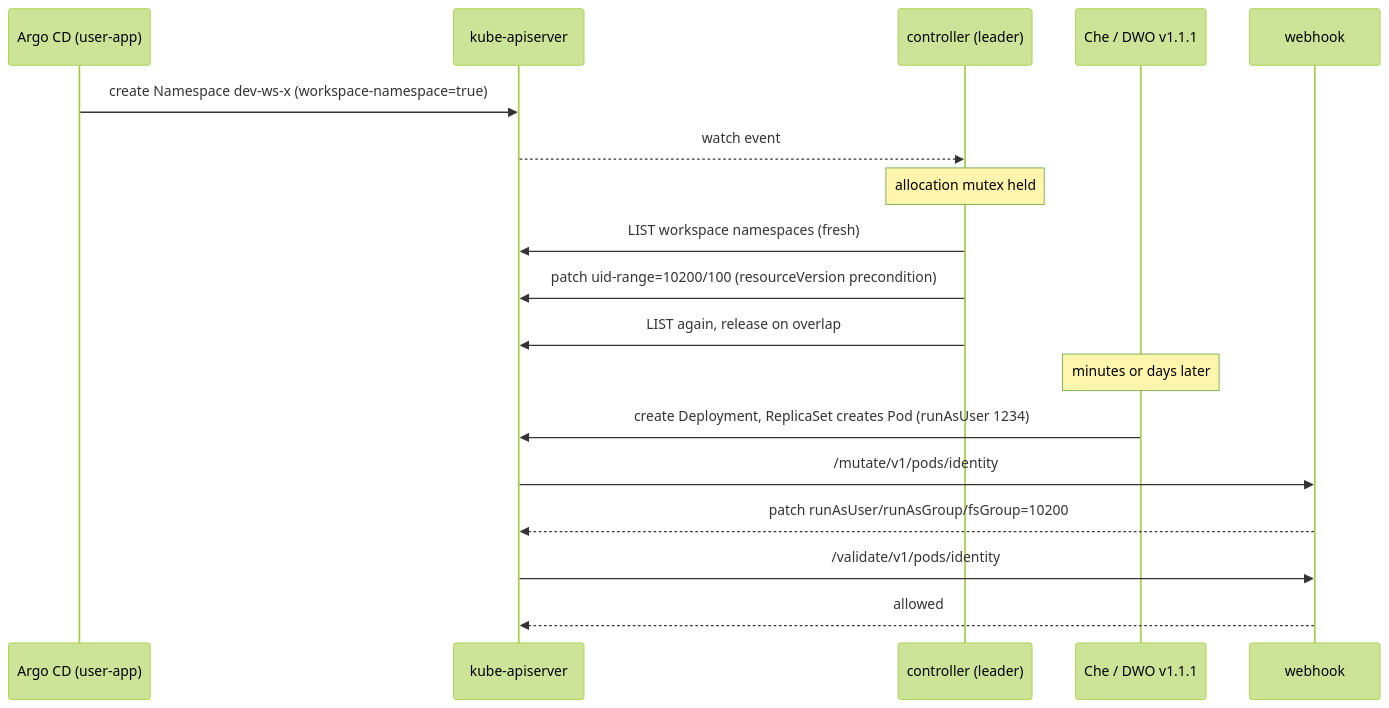
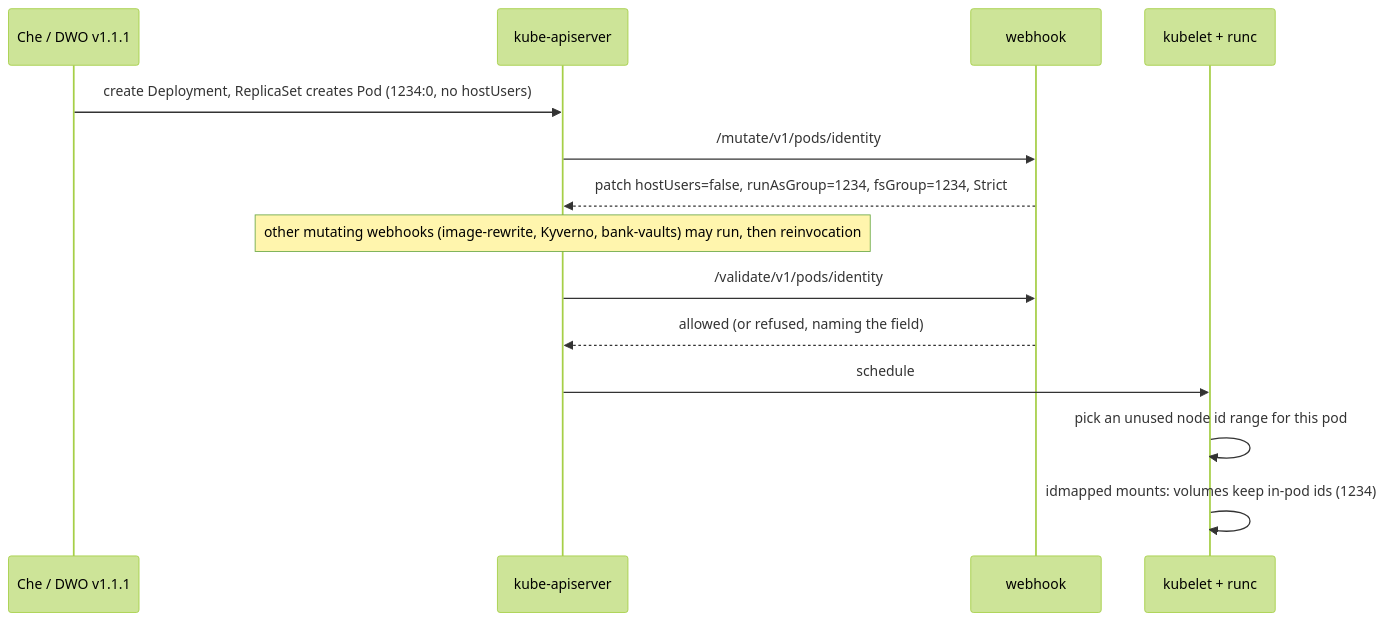
Before and after one commit to batleforc/weebo-si-hardening: the second of 4 diagrams in docs/rfc/0018-namespace-uid-range.md, drawn with Mermaid (forest theme). The commit also changed other lines of this file and 4 other files, not shown here.

First line of the commit message:
docs(rfc): 0018 redesigned as workspace pod identity, 0018-0021 accepted

````diff
--- a/docs/rfc/0018-namespace-uid-range.md
+++ b/docs/rfc/0018-namespace-uid-range.md
@@ -428,20 +373,16 @@
 ```mermaid
 sequenceDiagram
-  participant Argo as Argo CD (user-app)
+  participant Che as Che / DWO v1.1.1
   participant API as kube-apiserver
-  participant C as controller (leader)
-  participant Che as Che / DWO v1.1.1
   participant W as webhook
-  Argo->>API: create Namespace dev-ws-x (workspace-namespace=true)
-  API-->>C: watch event
-  Note over C: allocation mutex held
-  C->>API: LIST workspace namespaces (fresh)
-  C->>API: patch uid-range=10200/100 (resourceVersion precondition)
-  C->>API: LIST again, release on overlap
-  Note over Che: minutes or days later
-  Che->>API: create Deployment, ReplicaSet creates Pod (runAsUser 1234)
+  participant K as kubelet + runc
+  Che->>API: create Deployment, ReplicaSet creates Pod (1234:0, no hostUsers)
   API->>W: /mutate/v1/pods/identity
-  W-->>API: patch runAsUser/runAsGroup/fsGroup=10200
+  W-->>API: patch hostUsers=false, runAsGroup=1234, fsGroup=1234, Strict
+  Note over API: other mutating webhooks (image-rewrite, Kyverno, bank-vaults) may run, then reinvocation
   API->>W: /validate/v1/pods/identity
-  W-->>API: allowed
+  W-->>API: allowed (or refused, naming the field)
+  API->>K: schedule
+  K->>K: pick an unused node id range for this pod
+  K->>K: idmapped mounts: volumes keep in-pod ids (1234)
 ```
````
